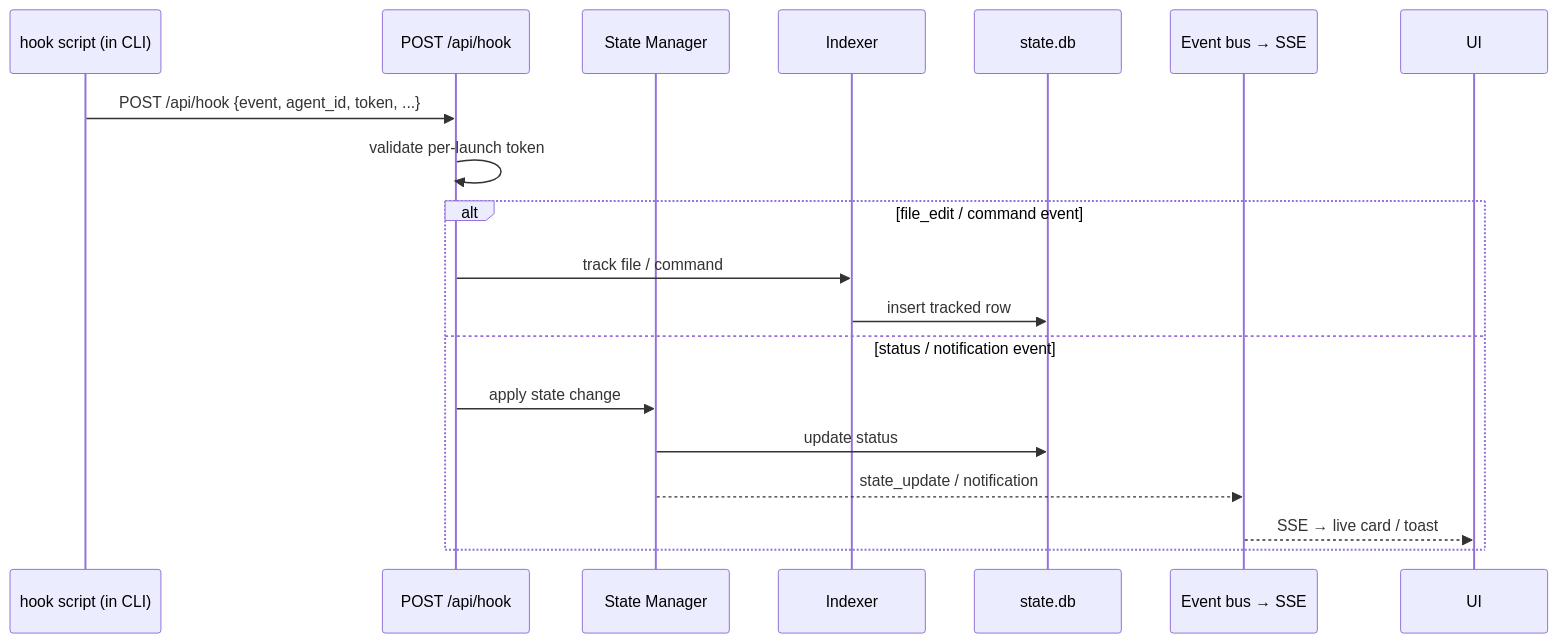
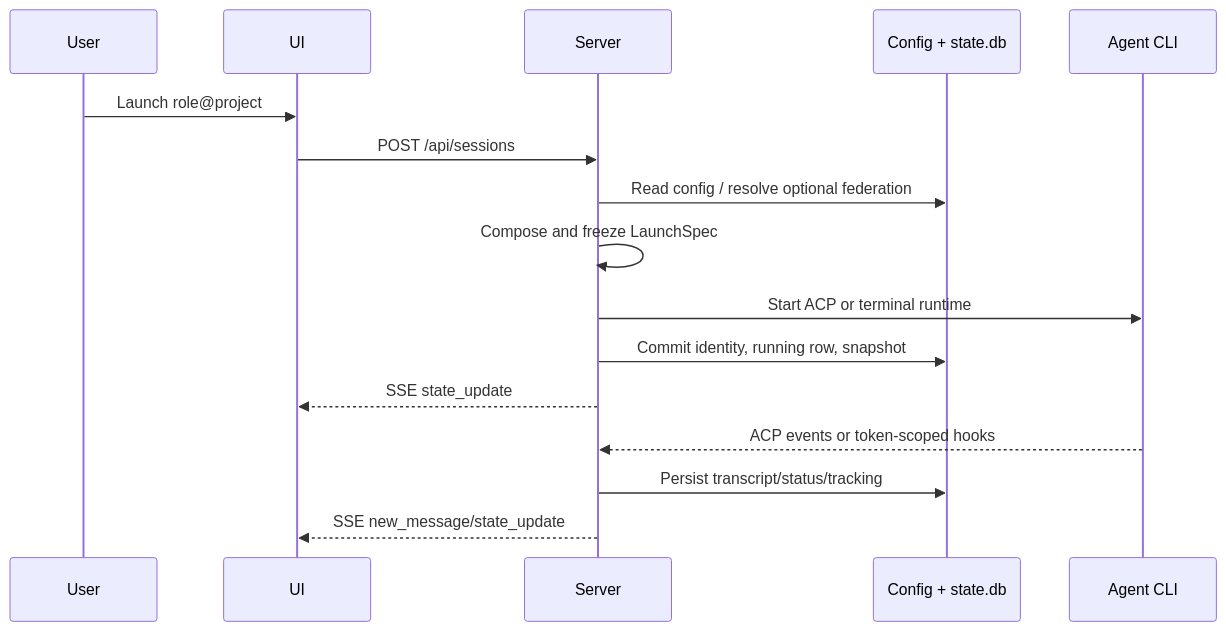
Before and after one commit to AsaphNoam/AgentDeck: the second of 2 diagrams in architecture-flow.md, drawn with Mermaid. The commit also changed other lines of this file and 185 other files, not shown here.

````diff
--- a/architecture-flow.md
+++ b/architecture-flow.md
@@ -202,22 +29,19 @@
 ```mermaid
 sequenceDiagram
-    participant Hook as hook script (in CLI)
-    participant API as POST /api/hook
-    participant Mgr as State Manager
-    participant Idx as Indexer
-    participant DB as state.db
-    participant Bus as Event bus → SSE
-    participant U as UI
+  participant User
+  participant UI
+  participant Server
+  participant Store as Config + state.db
+  participant CLI as Agent CLI
 
-    Hook->>API: POST /api/hook {event, agent_id, token, ...}
-    API->>API: validate per-launch token
-    alt file_edit / command event
-        API->>Idx: track file / command
-        Idx->>DB: insert tracked row
-    else status / notification event
-        API->>Mgr: apply state change
-        Mgr->>DB: update status
-        Mgr-->>Bus: state_update / notification
-        Bus-->>U: SSE → live card / toast
-    end
+  User->>UI: Launch role@project
+  UI->>Server: POST /api/sessions
+  Server->>Store: Read config / resolve optional federation
+  Server->>Server: Compose and freeze LaunchSpec
+  Server->>CLI: Start ACP or terminal runtime
+  Server->>Store: Commit identity, running row, snapshot
+  Server-->>UI: SSE state_update
+  CLI-->>Server: ACP events or token-scoped hooks
+  Server->>Store: Persist transcript/status/tracking
+  Server-->>UI: SSE new_message/state_update
 ```
````
